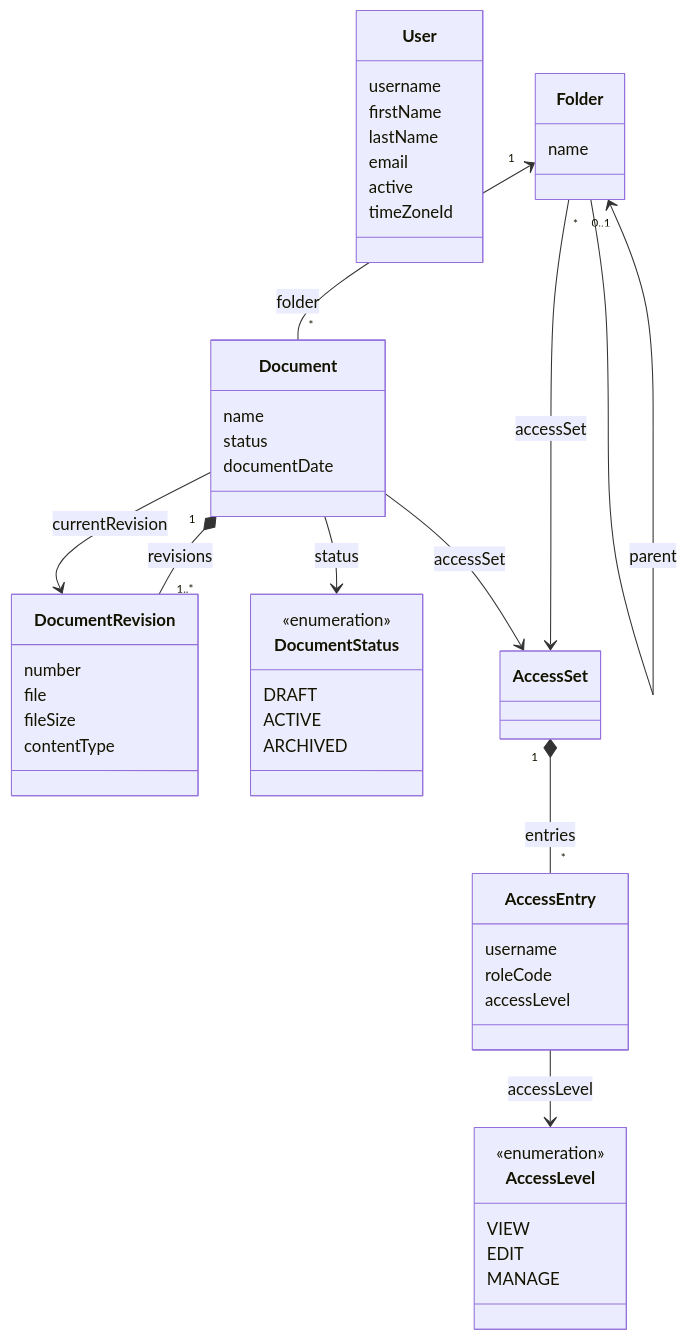
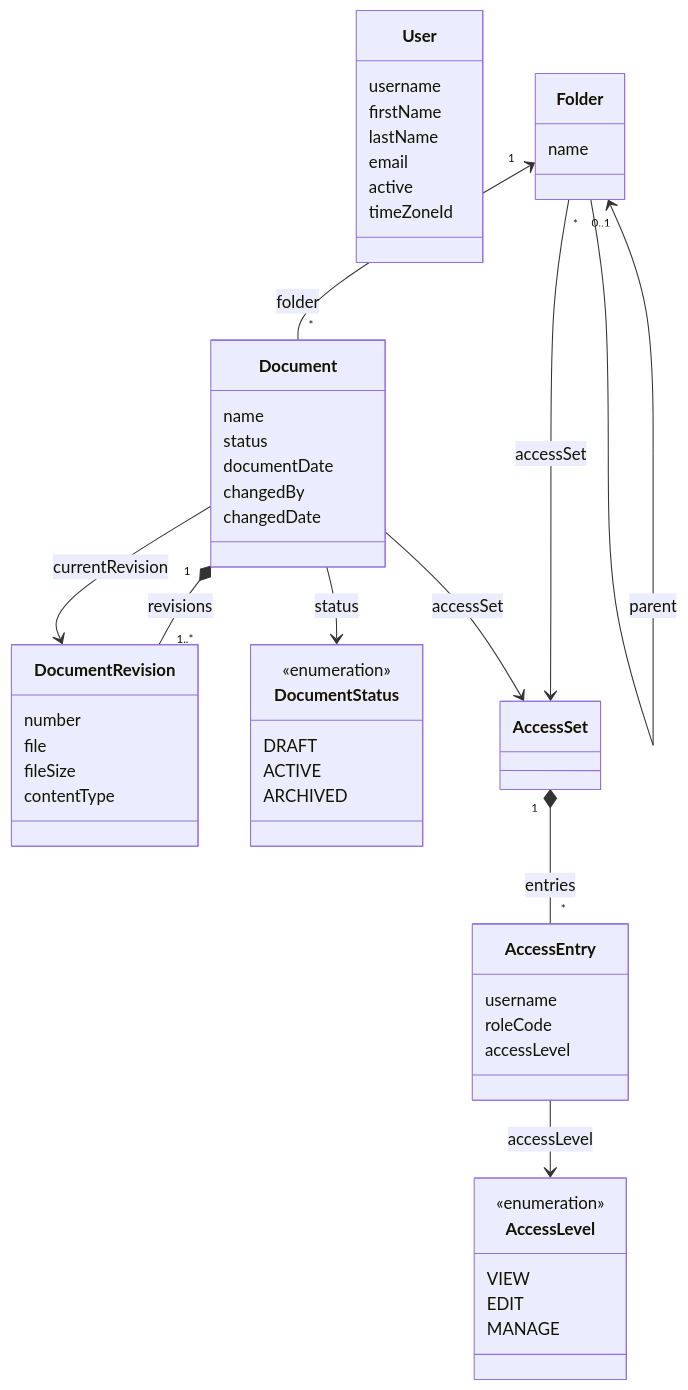
The diagram in README.md (jmix-framework/jmix-docai), drawn with Mermaid before and after one commit. The commit also changed other lines of this file and 18 other files, not shown here.

````diff
--- a/README.md
+++ b/README.md
@@ -126,52 +126,54 @@
 ```mermaid
 classDiagram
     class User {
         username
         firstName
         lastName
         email
         active
         timeZoneId
     }
     class Folder {
         name
     }
     class Document {
         name
         status
         documentDate
+        changedBy
+        changedDate
     }
     class DocumentRevision {
         number
         file
         fileSize
         contentType
     }
     class DocumentStatus {
         <<enumeration>>
         DRAFT
         ACTIVE
         ARCHIVED
     }
     class AccessSet
     class AccessEntry {
         username
         roleCode
         accessLevel
     }
     class AccessLevel {
         <<enumeration>>
         VIEW
         EDIT
         MANAGE
     }
     Folder "0..1" <-- "*" Folder : parent
     Folder "1" <-- "*" Document : folder
     Document "1" *-- "1..*" DocumentRevision : revisions
     Document --> DocumentRevision : currentRevision
     Document --> DocumentStatus : status
     Folder --> AccessSet : accessSet
     Document --> AccessSet : accessSet
     AccessSet "1" *-- "*" AccessEntry : entries
     AccessEntry --> AccessLevel : accessLevel
 ```
````
